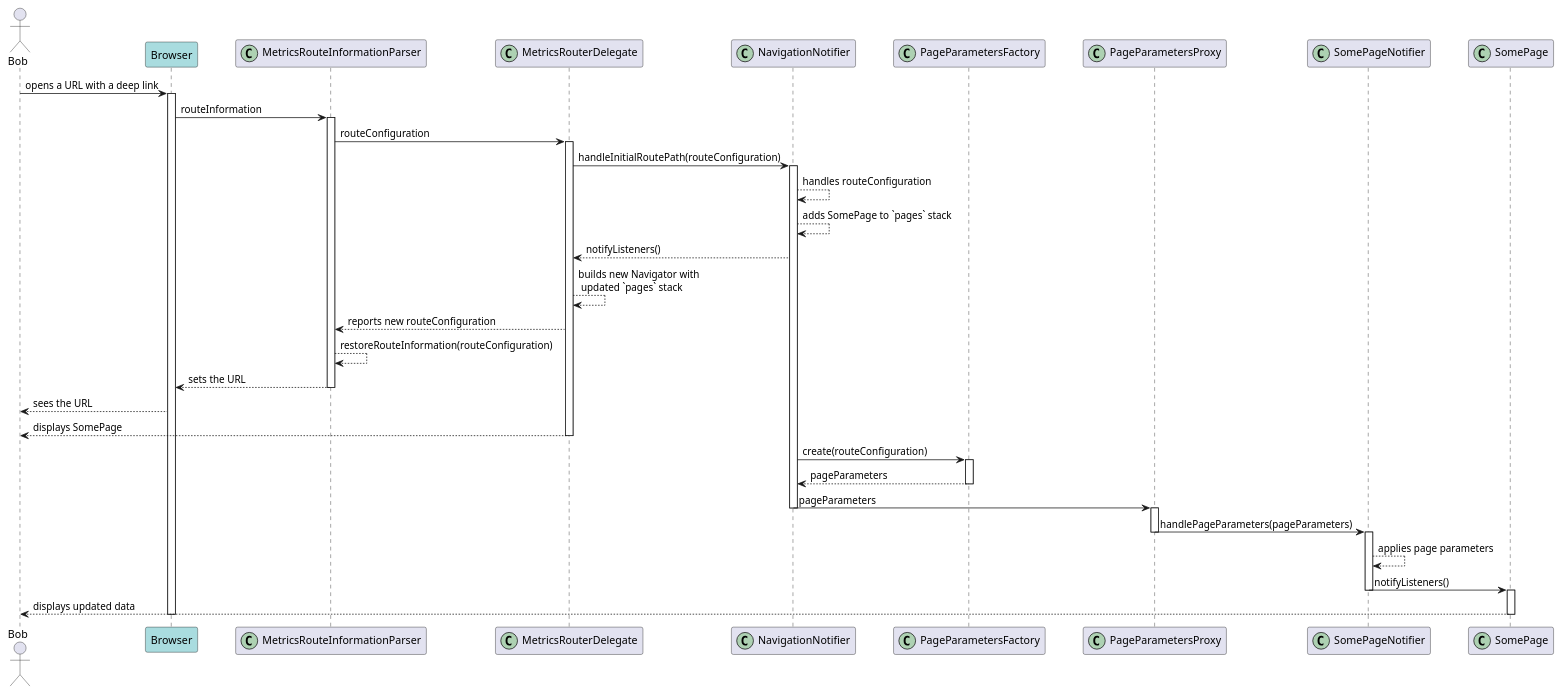
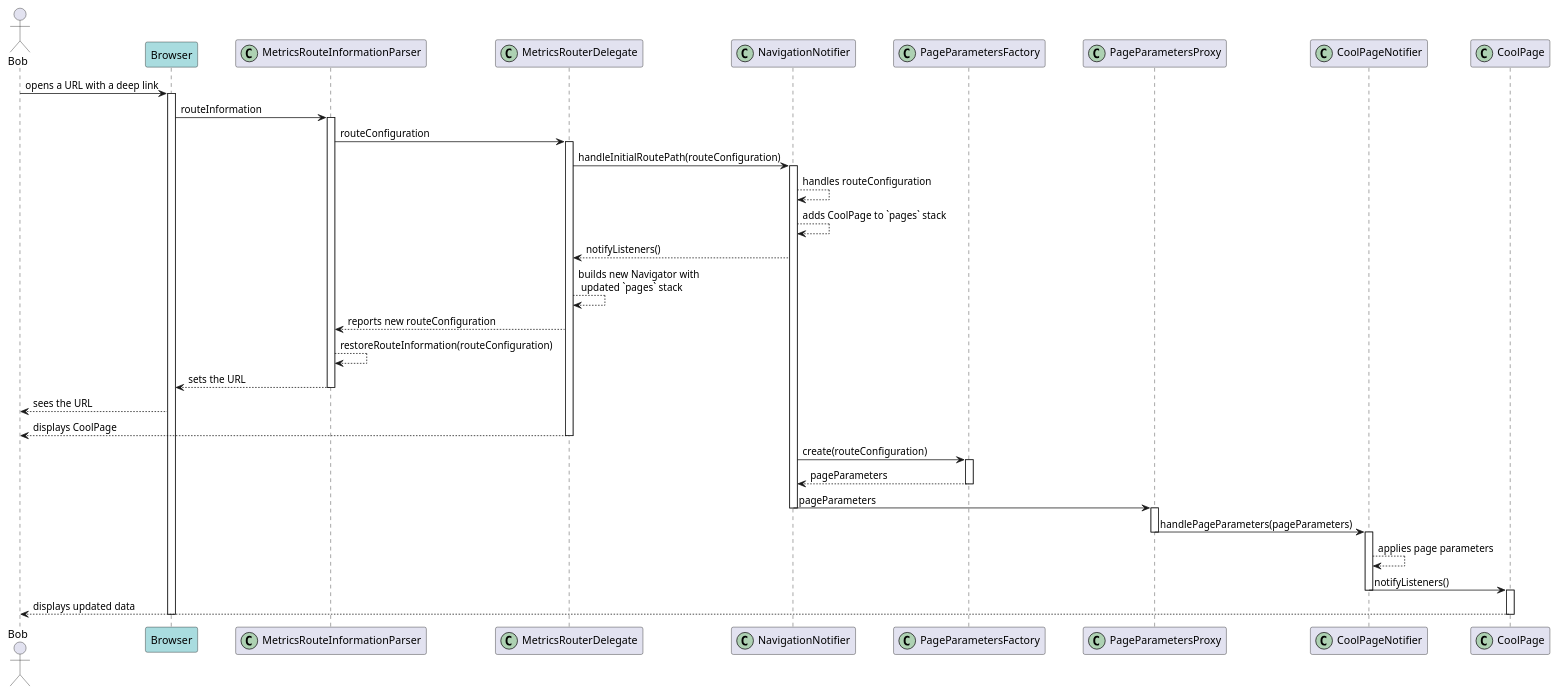
The diagram in metrics/web/docs/features/deep_links/diagrams/applying_deep_links_sequence_diagram.puml (Flank/flank-dashboard), drawn with PlantUML before and after one commit. The commit also changed 4 other files, not shown here.

```diff
--- a/metrics/web/docs/features/deep_links/diagrams/applying_deep_links_sequence_diagram.puml
+++ b/metrics/web/docs/features/deep_links/diagrams/applying_deep_links_sequence_diagram.puml
@@ -1,68 +1,68 @@
 @startuml applying_deep_links_sequence_diagram
 skinparam ParticipantPadding 20
 skinparam BoxPadding 10
 
 actor Bob
 
 participant Browser #A9DCDF
 participant MetricsRouteInformationParser << (C,#ADD1B2) >>
 participant MetricsRouterDelegate << (C,#ADD1B2) >>
 participant NavigationNotifier << (C,#ADD1B2) >>
 participant PageParametersFactory << (C,#ADD1B2) >>
 participant PageParametersProxy << (C,#ADD1B2) >>
-participant SomePageNotifier << (C,#ADD1B2) >>
-participant SomePage << (C,#ADD1B2) >>
+participant CoolPageNotifier << (C,#ADD1B2) >>
+participant CoolPage << (C,#ADD1B2) >>
 
 Bob -> Browser : opens a URL with a deep link
 activate Browser
 
 Browser -> MetricsRouteInformationParser : routeInformation
 activate MetricsRouteInformationParser
 
 MetricsRouteInformationParser -> MetricsRouterDelegate : routeConfiguration
 activate MetricsRouterDelegate
 
 MetricsRouterDelegate -> NavigationNotifier : handleInitialRoutePath(routeConfiguration)
 activate NavigationNotifier
 
 NavigationNotifier --> NavigationNotifier : handles routeConfiguration
-NavigationNotifier --> NavigationNotifier : adds SomePage to `pages` stack
+NavigationNotifier --> NavigationNotifier : adds CoolPage to `pages` stack
 NavigationNotifier --> MetricsRouterDelegate : notifyListeners()
 
 MetricsRouterDelegate --> MetricsRouterDelegate : builds new Navigator with \n updated `pages` stack
 MetricsRouterDelegate --> MetricsRouteInformationParser : reports new routeConfiguration
 
 MetricsRouteInformationParser --> MetricsRouteInformationParser : restoreRouteInformation(routeConfiguration)
 MetricsRouteInformationParser --> Browser : sets the URL
 deactivate MetricsRouteInformationParser
 
 Browser --> Bob : sees the URL
 
-MetricsRouterDelegate --> Bob : displays SomePage
+MetricsRouterDelegate --> Bob : displays CoolPage
 deactivate MetricsRouterDelegate
 
 NavigationNotifier -> PageParametersFactory : create(routeConfiguration)
 activate PageParametersFactory
 
 PageParametersFactory --> NavigationNotifier : pageParameters
 deactivate PageParametersFactory
 
 NavigationNotifier -> PageParametersProxy : pageParameters
 deactivate NavigationNotifier
 activate PageParametersProxy
 
-PageParametersProxy -> SomePageNotifier : handlePageParameters(pageParameters)
+PageParametersProxy -> CoolPageNotifier : handlePageParameters(pageParameters)
 deactivate PageParametersProxy
-activate SomePageNotifier
+activate CoolPageNotifier
 
-SomePageNotifier --> SomePageNotifier : applies page parameters
+CoolPageNotifier --> CoolPageNotifier : applies page parameters
 
-SomePageNotifier -> SomePage : notifyListeners()
-deactivate SomePageNotifier
-activate SomePage
+CoolPageNotifier -> CoolPage : notifyListeners()
+deactivate CoolPageNotifier
+activate CoolPage
 
-SomePage --> Bob : displays updated data
-deactivate SomePage
+CoolPage --> Bob : displays updated data
+deactivate CoolPage
 deactivate Browser
 
 @enduml
```
